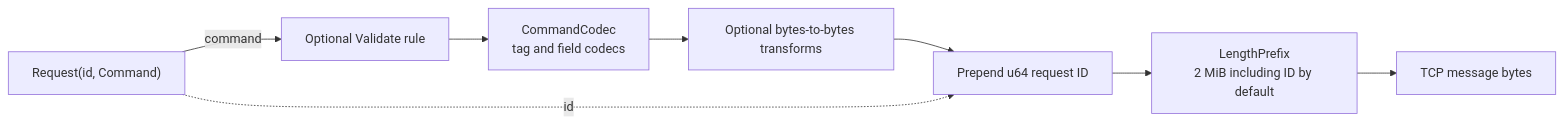
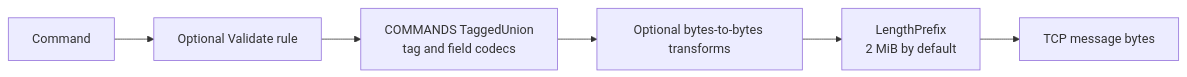
The sixth of 6 diagrams in README.md (gchape/velis), drawn with Mermaid before and after one commit. The commit also changed other lines of this file and 51 other files, not shown here.

````diff
--- a/README.md
+++ b/README.md
@@ -492,10 +516,8 @@
 ```mermaid
 flowchart LR
-    request["Request(id, Command)"] -->|"command"| rule["Optional Validate rule"]
-    rule --> body["CommandCodec<br/>tag and field codecs"]
+    command["Command"] --> rule["Optional Validate rule"]
+    rule --> body["COMMANDS TaggedUnion<br/>tag and field codecs"]
     body --> transform["Optional bytes-to-bytes transforms"]
-    transform --> envelope["Prepend u64 request ID"]
-    request -.->|"id"| envelope
-    envelope --> framing["LengthPrefix<br/>2 MiB including ID by default"]
+    transform --> framing["LengthPrefix<br/>2 MiB by default"]
     framing --> tcp["TCP message bytes"]
 ```
````
